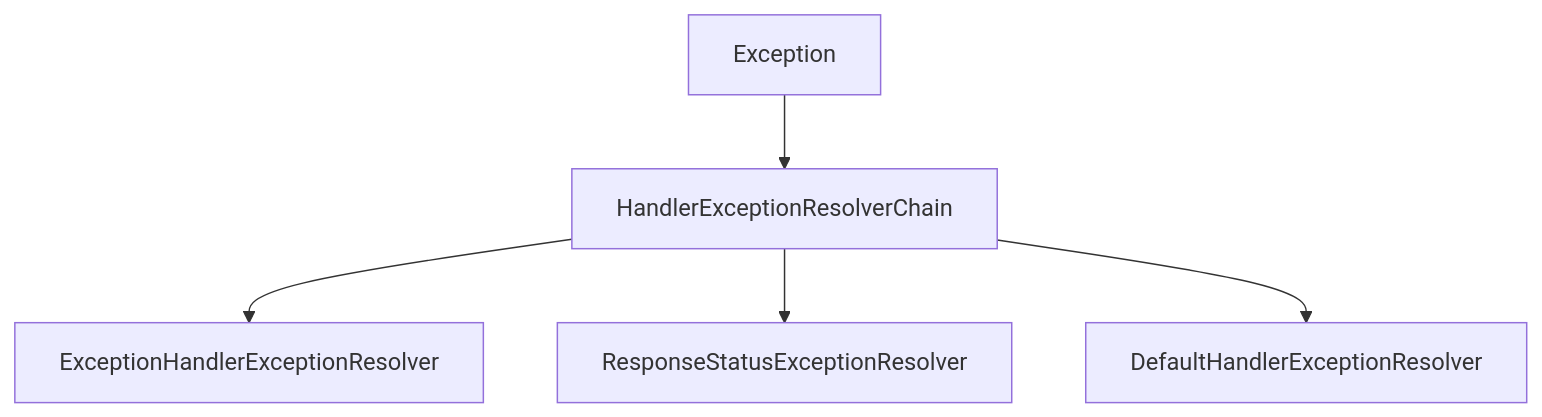
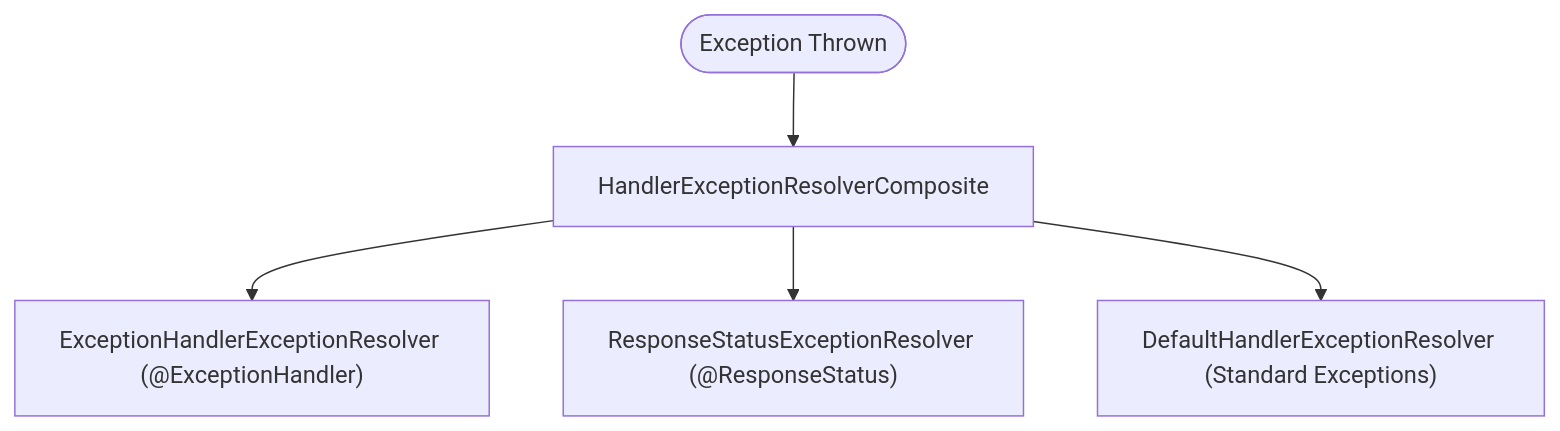
The third of 4 diagrams in temporary/frameworks/spring_boot/03_spring_mvc_web_layer.md (MaiTheHao/docs), drawn with Mermaid before and after one commit. The commit also changed other lines of this file, not shown here.

````diff
--- a/temporary/frameworks/spring_boot/03_spring_mvc_web_layer.md
+++ b/temporary/frameworks/spring_boot/03_spring_mvc_web_layer.md
@@ -110,7 +131,10 @@
 ```mermaid
 flowchart TD
-    exc[Exception] --> resolverChain[HandlerExceptionResolverChain]
-    resolverChain --> eh[ExceptionHandlerExceptionResolver]
-    resolverChain --> rs[ResponseStatusExceptionResolver]
-    resolverChain --> def[DefaultHandlerExceptionResolver]
+    accTitle: Global Exception Resolver Chain
+    accDescr: Order of HandlerExceptionResolver evaluation when an exception occurs in controller execution.
+
+    exc(["Exception Thrown"]) --> resolverChain["HandlerExceptionResolverComposite"]
+    resolverChain --> eh["ExceptionHandlerExceptionResolver (@ExceptionHandler)"]
+    resolverChain --> rs["ResponseStatusExceptionResolver (@ResponseStatus)"]
+    resolverChain --> def["DefaultHandlerExceptionResolver (Standard Exceptions)"]
 ```
````
